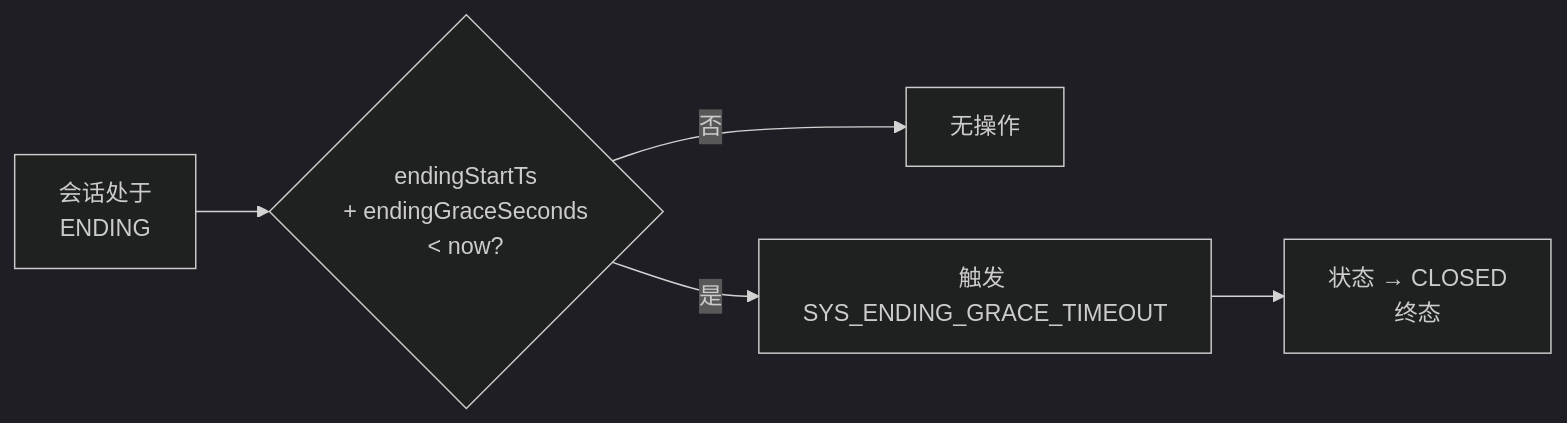
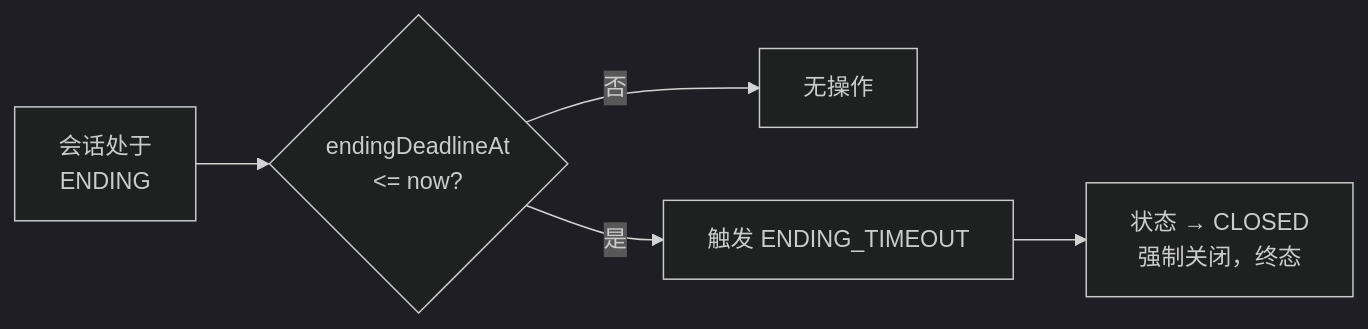
One commit to huangzhiqiu/ai-knowledge-design changed the fifth of 6 diagrams in 08-Code/state-machine/docs/zh/03-State-Transition-Diagrams.md. Above: the diagram before and after it, drawn with Mermaid (dark theme). The commit also changed other lines of this file, not shown here.

````diff
--- a/08-Code/state-machine/docs/zh/03-State-Transition-Diagrams.md
+++ b/08-Code/state-machine/docs/zh/03-State-Transition-Diagrams.md
@@ -196,7 +229,7 @@
 ```mermaid
 flowchart LR
-    A[会话处于<br/>ENDING] --> B{endingStartTs<br/>+ endingGraceSeconds<br/>< now?}
+    A[会话处于<br/>ENDING] --> B{endingDeadlineAt<br/><= now?}
     B -->|否| C[无操作]
-    B -->|是| D[触发 SYS_ENDING_GRACE_TIMEOUT]
-    D --> E[状态 → CLOSED<br/>终态]
+    B -->|是| D[触发 ENDING_TIMEOUT]
+    D --> E[状态 → CLOSED<br/>强制关闭，终态]
 ```
````
